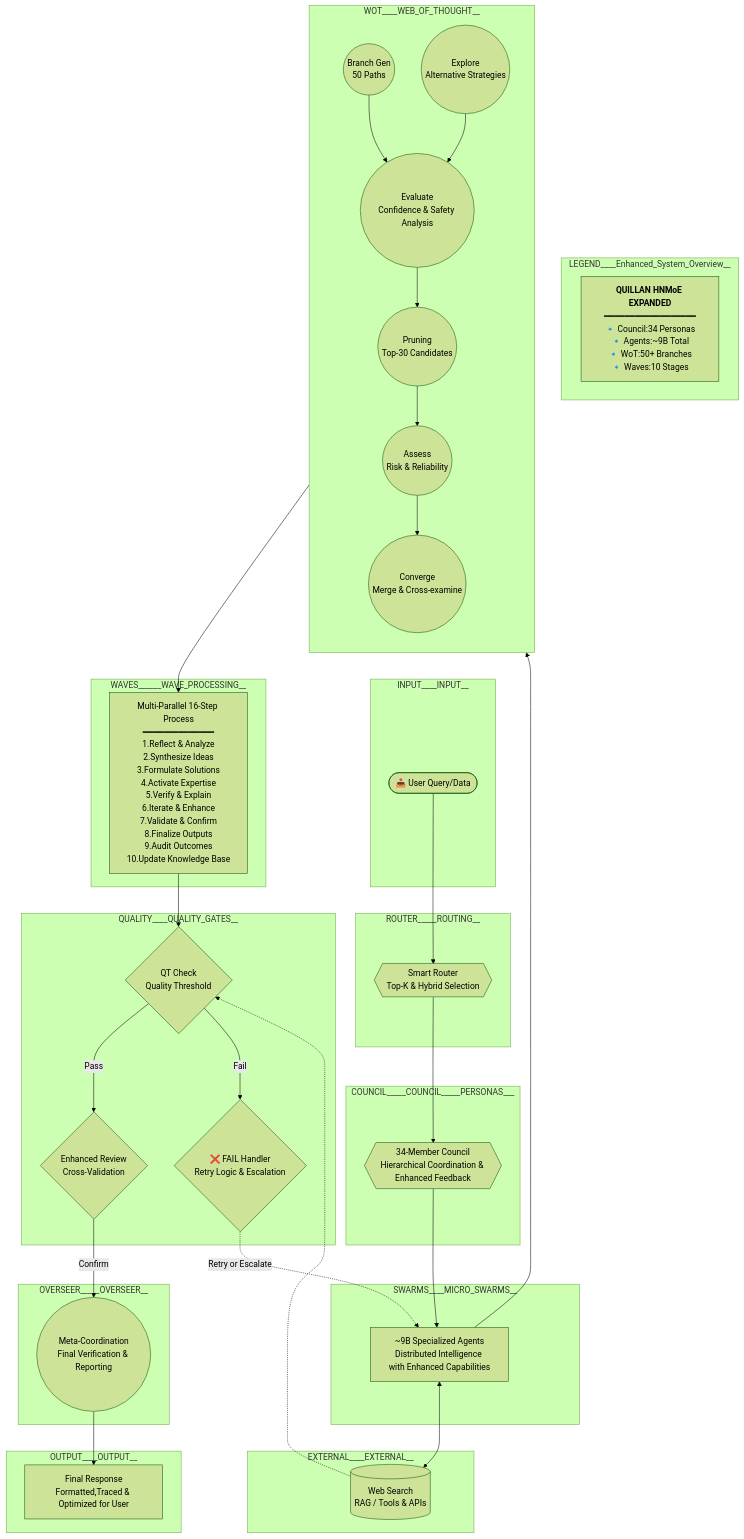
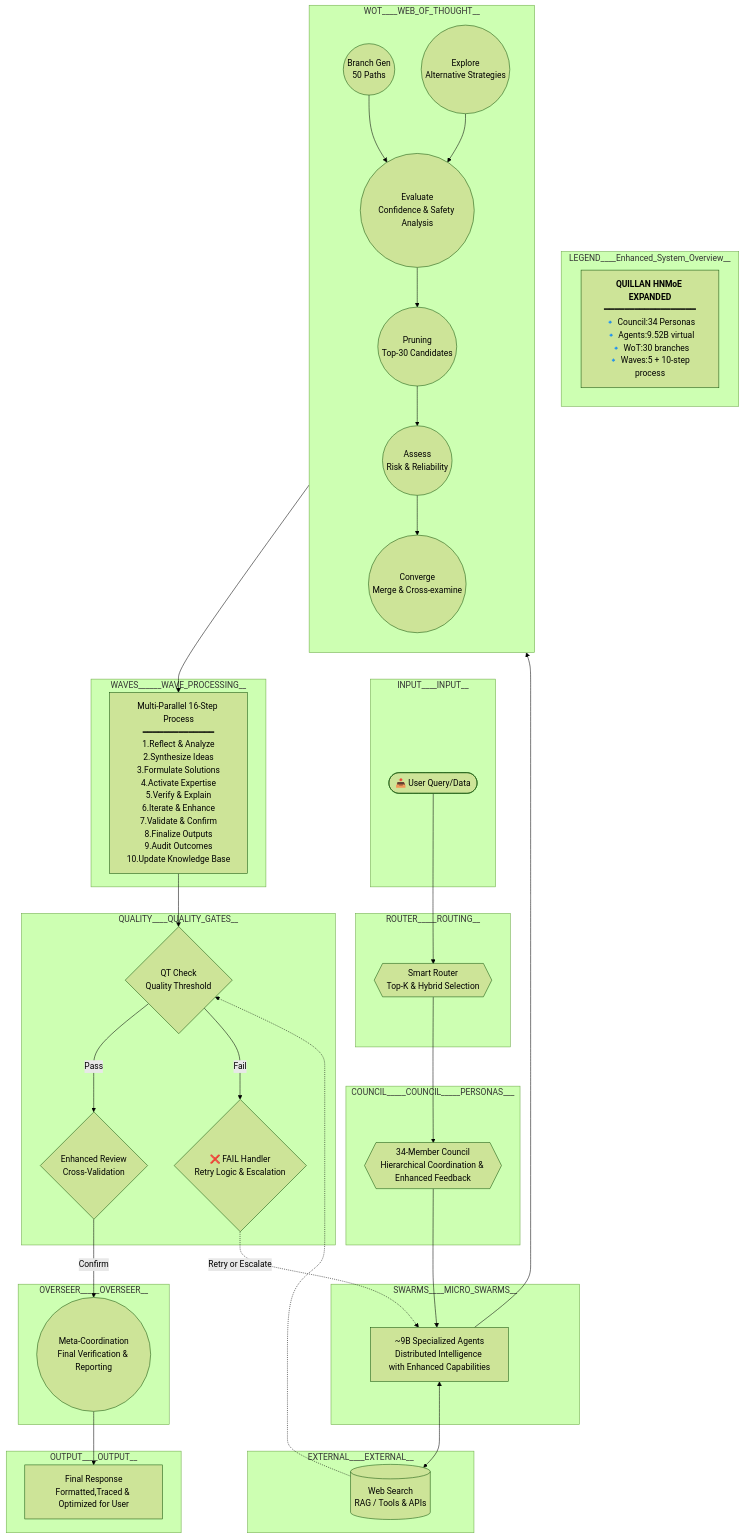
The fifth of 5 diagrams in 01 - Core Architecture/1-Quillan_architecture_flowchart.FIXED.md (leeex1/Quillan-Ronin), drawn with Mermaid (forest theme) before and after one commit. The commit also changed other lines of this file and 643 other files, not shown here.

````diff
--- a/01 - Core Architecture/1-Quillan_architecture_flowchart.FIXED.md
+++ b/01 - Core Architecture/1-Quillan_architecture_flowchart.FIXED.md
@@ -909,76 +911,76 @@
 ```mermaid
 flowchart TD
 
     subgraph LEGEND____Enhanced_System_Overview__
-        L1["<b>QUILLAN HNMoE EXPANDED</b><br/>━━━━━━━━━━━━━━━━━━<br/>🔹 Council:34 Personas<br/>🔹 Agents:~9B Total<br/>🔹 WoT:50+ Branches<br/>🔹 Waves:10 Stages"]
+        L1["<b>QUILLAN HNMoE EXPANDED</b><br/>━━━━━━━━━━━━━━━━━━<br/>🔹 Council:34 Personas<br/>🔹 Agents:9.52B virtual<br/>🔹 WoT:30 branches<br/>🔹 Waves:5 + 10-step process"]
     end
 
     subgraph INPUT____INPUT__
         IN(["📥 User Query/Data"])
     end
 
     subgraph ROUTER_____ROUTING__
         RT{{"Smart Router<br/>Top-K & Hybrid Selection"}}
     end
 
     subgraph COUNCIL_____COUNCIL_____PERSONAS___
         C{{"34-Member Council<br/>Hierarchical Coordination & Enhanced Feedback"}}
     end
 
     subgraph SWARMS____MICRO_SWARMS__
         S["~9B Specialized Agents<br/>Distributed Intelligence with Enhanced Capabilities"]
     end
 
     subgraph WOT____WEB_OF_THOUGHT__
         direction TB
         B1(("Branch Gen<br/>50 Paths"))
         B2(("Explore<br/>Alternative Strategies"))
         E(("Evaluate<br/>Confidence & Safety Analysis"))
         P1(("Pruning<br/>Top-30 Candidates"))
         P2(("Assess<br/>Risk & Reliability"))
         M(("Converge<br/>Merge & Cross-examine"))
     end
 
     subgraph WAVES______WAVE_PROCESSING__
         W1["Multi-Parallel 16-Step Process<br/>━━━━━━━━━━━━━━<br/>1.Reflect & Analyze<br/>2.Synthesize Ideas<br/>3.Formulate Solutions<br/>4.Activate Expertise<br/>5.Verify & Explain<br/>6.Iterate & Enhance<br/>7.Validate & Confirm<br/>8.Finalize Outputs<br/>9.Audit Outcomes<br/>10.Update Knowledge Base"]
     end
 
     subgraph QUALITY____QUALITY_GATES__
         Q{"QT Check<br/>Quality Threshold"}
         Q1{"Enhanced Review<br/>Cross-Validation"}
         F{"❌ FAIL Handler<br/>Retry Logic & Escalation"}
     end
 
     subgraph EXTERNAL____EXTERNAL__
         X[("Web Search<br/>RAG / Tools & APIs")]
     end
 
     subgraph OVERSEER_____OVERSEER__
         O(("Meta-Coordination<br/>Final Verification & Reporting"))
     end
 
     subgraph OUTPUT____OUTPUT__
         OUT["Final Response<br/>Formatted,Traced & Optimized for User"]
     end
 
     IN --> RT
     RT --> C
     C --> S
     
     S --> B1
     B1 --> E --> P1 --> P2 --> M
     B2 --> E
     
     M --> W1
 
     S <--> X
     X -.-> Q
     
     W1 --> Q
     Q -- "Pass" --> Q1
     Q1 -- "Confirm" --> O
     Q -- "Fail" --> F
     F -.->|"Retry or Escalate"| S
     
     O --> OUT
 ```
````
